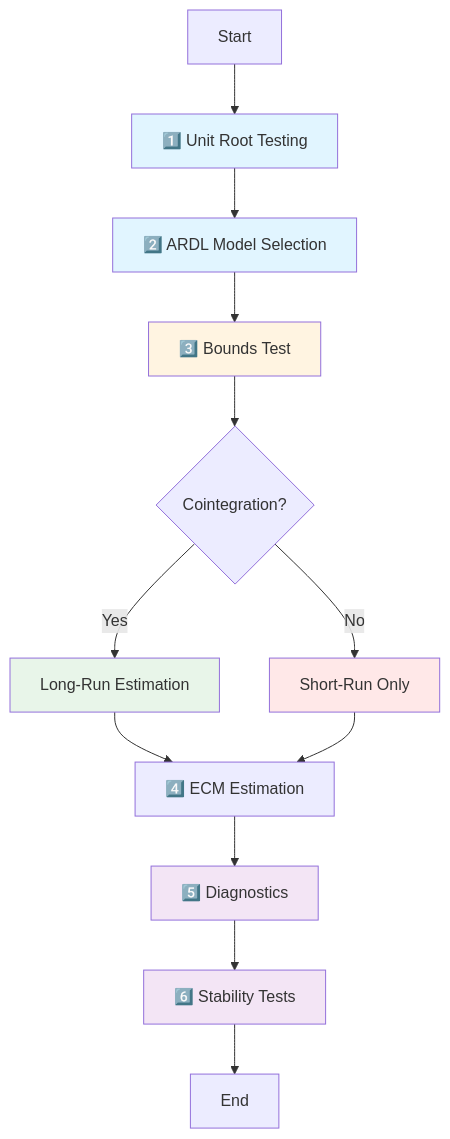
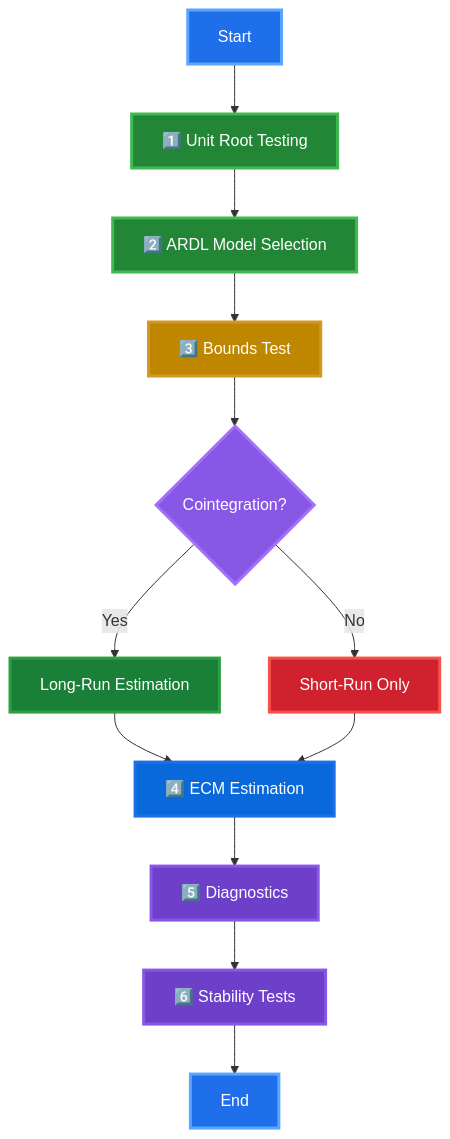
The second of 2 diagrams in README.md (amrani-213/FDI_Impact_On_EconGrowth), drawn with Mermaid before and after one commit.

````diff
--- a/README.md
+++ b/README.md
@@ -202,22 +202,26 @@
 ```mermaid
 graph TD
     A[Start] --> B[1️⃣ Unit Root Testing]
     B --> C[2️⃣ ARDL Model Selection]
     C --> D[3️⃣ Bounds Test]
     D --> E{Cointegration?}
     E -->|Yes| F[Long-Run Estimation]
     E -->|No| G[Short-Run Only]
     F --> H[4️⃣ ECM Estimation]
     G --> H
     H --> I[5️⃣ Diagnostics]
     I --> J[6️⃣ Stability Tests]
     J --> K[End]
     
-    style B fill:#e1f5ff
-    style C fill:#e1f5ff
-    style D fill:#fff4e1
-    style F fill:#e8f5e9
-    style G fill:#ffe8e8
-    style I fill:#f3e5f5
-    style J fill:#f3e5f5
+    style A fill:#1f6feb,stroke:#58a6ff,stroke-width:3px,color:#fff
+    style B fill:#238636,stroke:#3fb950,stroke-width:3px,color:#fff
+    style C fill:#238636,stroke:#3fb950,stroke-width:3px,color:#fff
+    style D fill:#bf8700,stroke:#d29922,stroke-width:3px,color:#fff
+    style E fill:#8957e5,stroke:#a371f7,stroke-width:3px,color:#fff
+    style F fill:#1a7f37,stroke:#2ea043,stroke-width:3px,color:#fff
+    style G fill:#cf222e,stroke:#f85149,stroke-width:3px,color:#fff
+    style H fill:#0969da,stroke:#1f6feb,stroke-width:3px,color:#fff
+    style I fill:#6e40c9,stroke:#8957e5,stroke-width:3px,color:#fff
+    style J fill:#6e40c9,stroke:#8957e5,stroke-width:3px,color:#fff
+    style K fill:#1f6feb,stroke:#58a6ff,stroke-width:3px,color:#fff
 ```
````
